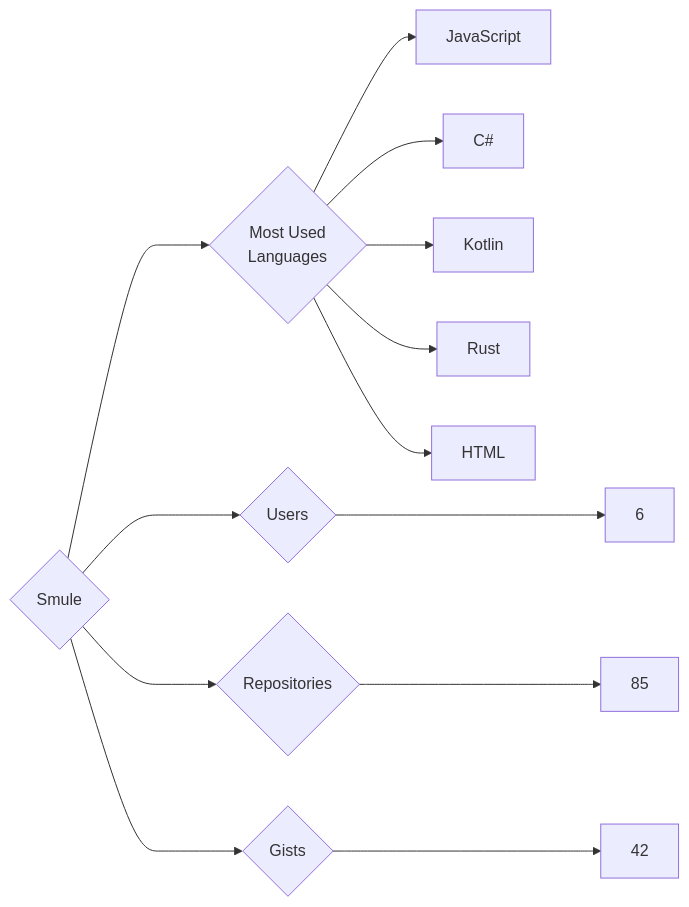
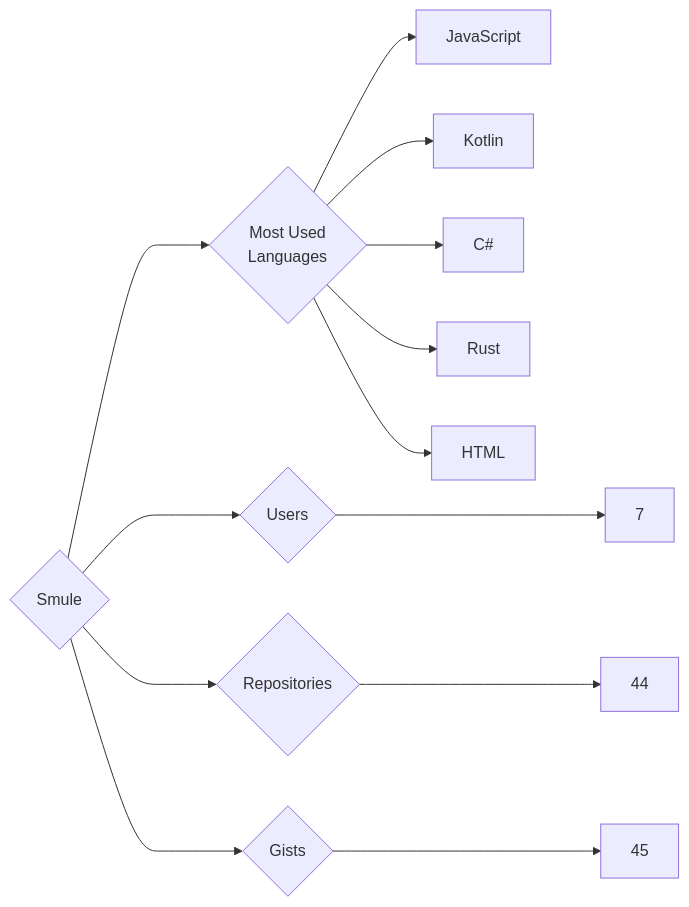
The diagram in targets/Smule/README.md (trickest/insiders), drawn with Mermaid before and after one commit. The commit also changed 728 other files, not shown here.

````diff
--- a/targets/Smule/README.md
+++ b/targets/Smule/README.md
@@ -3,13 +3,13 @@
 ```mermaid
 graph LR
 COMPANY_NAME{Smule}
-COMPANY_NAME ---> U{Users} ---> UN[6]
-COMPANY_NAME ---> R{Repositories} ---> RN[85]
-COMPANY_NAME ---> G{Gists} ---> GN[42]
+COMPANY_NAME ---> U{Users} ---> UN[7]
+COMPANY_NAME ---> R{Repositories} ---> RN[44]
+COMPANY_NAME ---> G{Gists} ---> GN[45]
 COMPANY_NAME ---> ML{Most Used<br>Languages}
 ML --> JavaScript[JavaScript]
+ML --> Kotlin[Kotlin]
 ML --> C#[C#]
-ML --> Kotlin[Kotlin]
 ML --> Rust[Rust]
 ML --> HTML[HTML]
 ```
````
